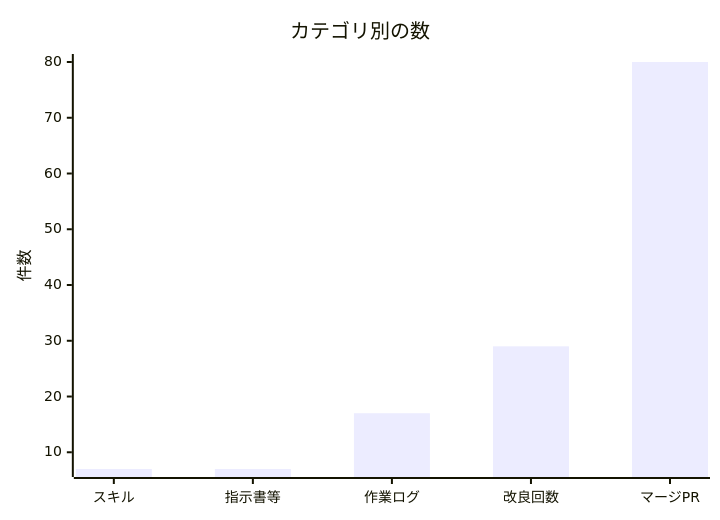
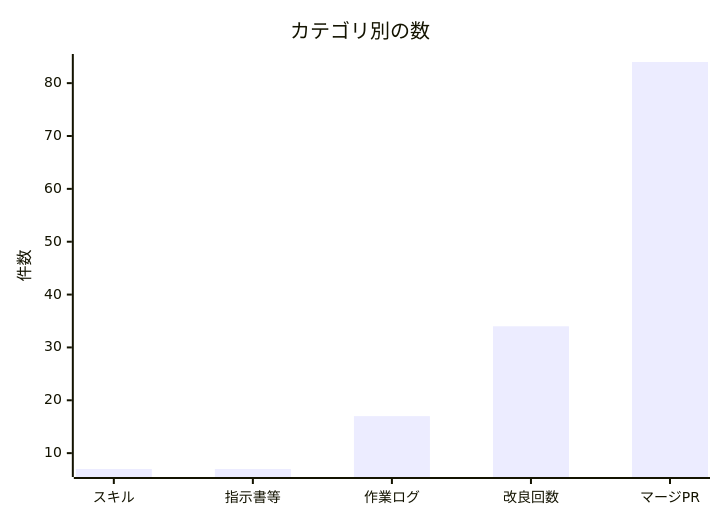
Before and after one commit to non-x2/non-x2: the second of 2 diagrams in docs/進化レポート.md, drawn with Mermaid. The commit also changed other lines of this file and 4 other files, not shown here.

````diff
--- a/docs/進化レポート.md
+++ b/docs/進化レポート.md
@@ -33,7 +33,7 @@
 ```mermaid
 xychart-beta
     title "カテゴリ別の数"
     x-axis ["スキル", "指示書等", "作業ログ", "改良回数", "マージPR"]
     y-axis "件数"
-    bar [7, 7, 17, 29, 80]
+    bar [7, 7, 17, 34, 84]
 ```
````
